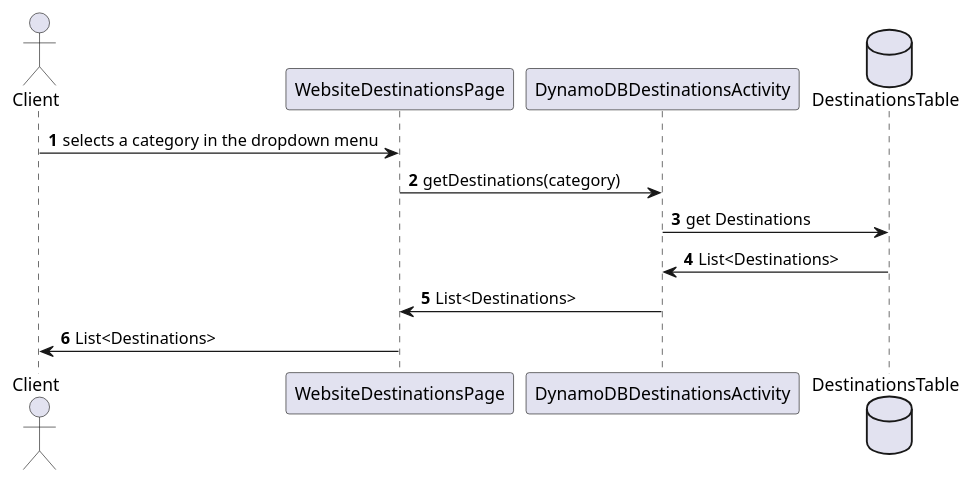
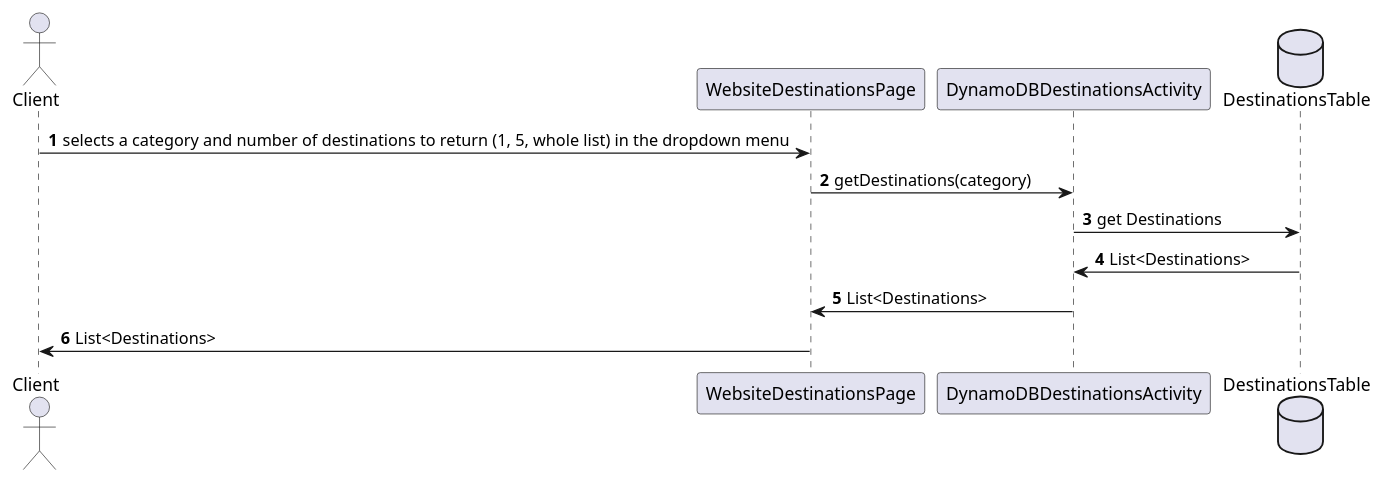
The diagram in resources/GetDestination.puml (winters5885/NSS-digital-nomad), drawn with PlantUML before and after one commit. The commit also changed 2 other files, not shown here.

Commit message:
Updated our design document. Added end point for single destination and updated GetDestinaton sequence diagram.

```diff
--- a/resources/GetDestination.puml
+++ b/resources/GetDestination.puml
@@ -1,17 +1,17 @@
 @startuml
 'https://plantuml.com/sequence-diagram
 actor Client
 participant WebsiteDestinationsPage
 participant DynamoDBDestinationsActivity
 database DestinationsTable
 autonumber
 
-Client -> WebsiteDestinationsPage: selects a category in the dropdown menu
+Client -> WebsiteDestinationsPage: selects a category and number of destinations to return (1, 5, whole list) in the dropdown menu
 WebsiteDestinationsPage -> DynamoDBDestinationsActivity: getDestinations(category)
 
 DynamoDBDestinationsActivity -> DestinationsTable: get Destinations
 DynamoDBDestinationsActivity <- DestinationsTable: List<Destinations>
 DynamoDBDestinationsActivity -> WebsiteDestinationsPage: List<Destinations>
 Client<- WebsiteDestinationsPage: List<Destinations>
 
 @enduml
```
